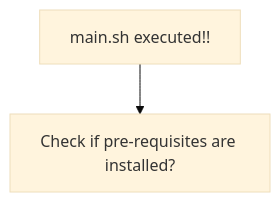
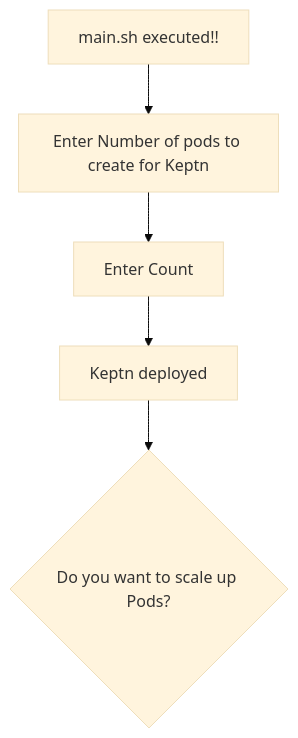
One commit to NashTech-Labs/Deploy-Keptn-using-K8s changed the diagram in README.md. Above: the diagram before and after it, drawn with Mermaid (base theme).

Commit message:
Updated Template

````diff
--- a/README.md
+++ b/README.md
@@ -38,5 +38,8 @@
 ```mermaid
 flowchart TD
     A[main.sh executed!!];
-    A --> B[Check if pre-requisites are installed?];
+    A --> B[Enter Number of pods to create for Keptn];
+    B --> C[Enter Count];
+    C --> D[Keptn deployed];
+    D --> E{Do you want to scale up Pods?};
 ```
````
